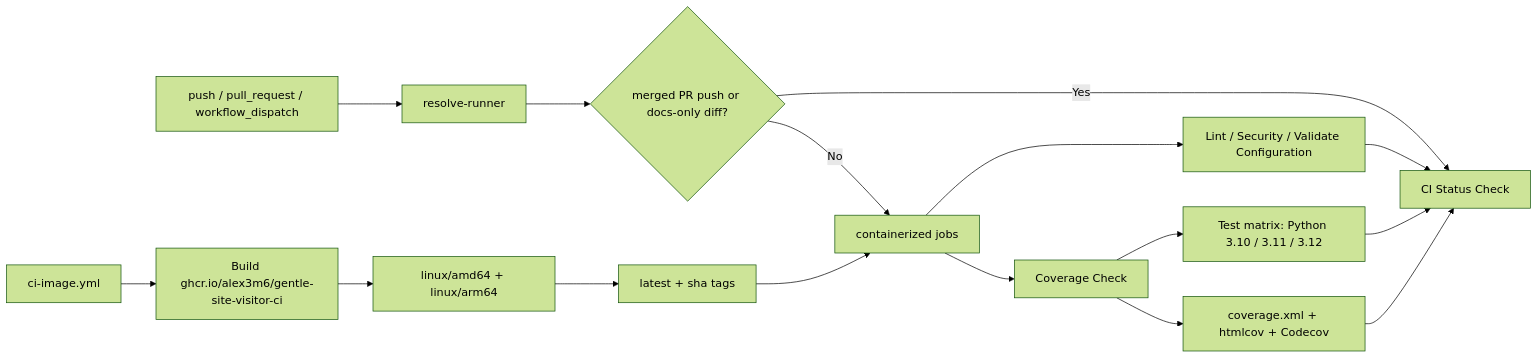
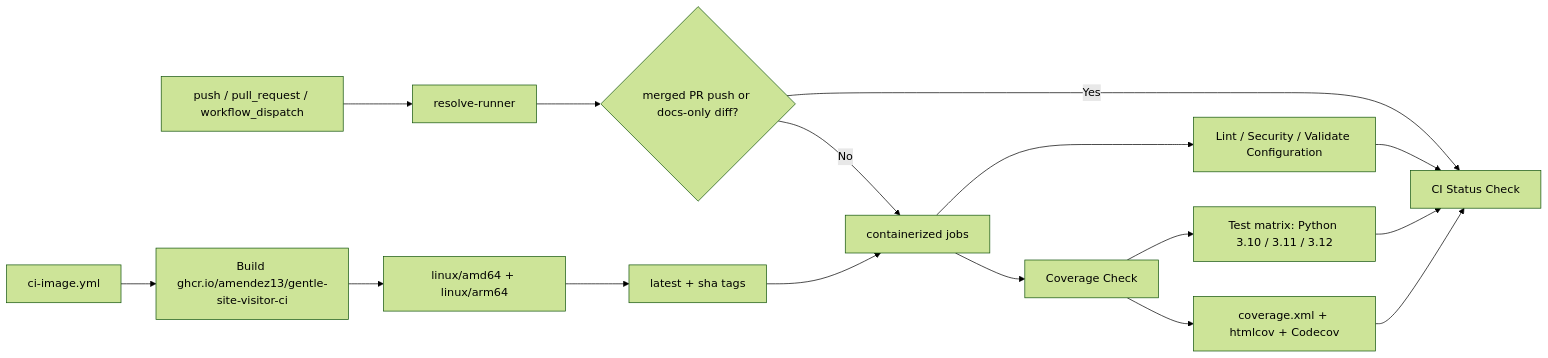
Before and after one commit to amendez13/gentle-site-visitor: the diagram in docs/CI.md, drawn with Mermaid (forest theme). The commit also changed other lines of this file and 6 other files, not shown here.

````diff
--- a/docs/CI.md
+++ b/docs/CI.md
@@ -135,19 +135,19 @@
 ```mermaid
 flowchart LR
     A["push / pull_request / workflow_dispatch"] --> B["resolve-runner"]
     B --> B1{"merged PR push or docs-only diff?"}
     B1 -- Yes --> H["CI Status Check"]
     B1 -- No --> C["containerized jobs"]
     C --> D["Coverage Check"]
     C --> E["Lint / Security / Validate Configuration"]
     D --> F["Test matrix: Python 3.10 / 3.11 / 3.12"]
     D --> G["coverage.xml + htmlcov + Codecov"]
     E --> H
     F --> H
     G --> H
 
-    I["ci-image.yml"] --> J["Build ghcr.io/alex3m6/gentle-site-visitor-ci"]
+    I["ci-image.yml"] --> J["Build ghcr.io/amendez13/gentle-site-visitor-ci"]
     J --> K["linux/amd64 + linux/arm64"]
     K --> L["latest + sha tags"]
     L --> C
 ```
````
